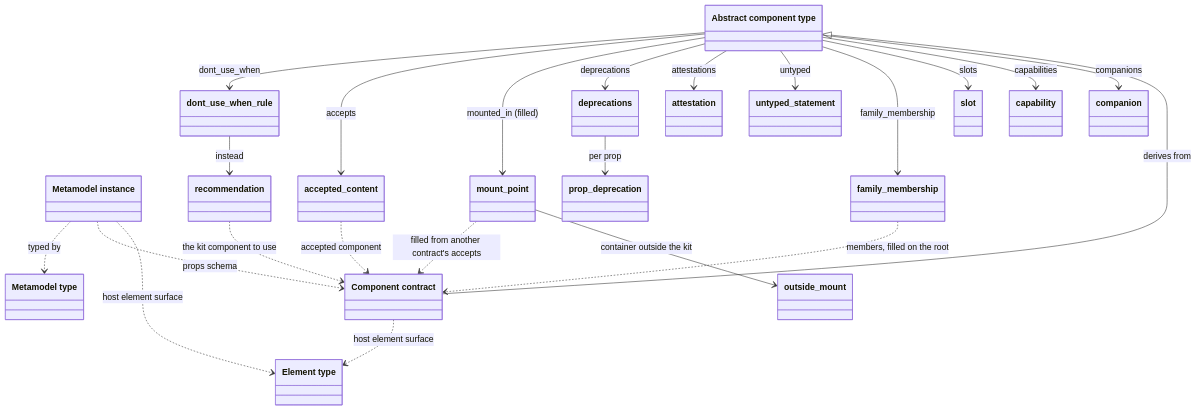
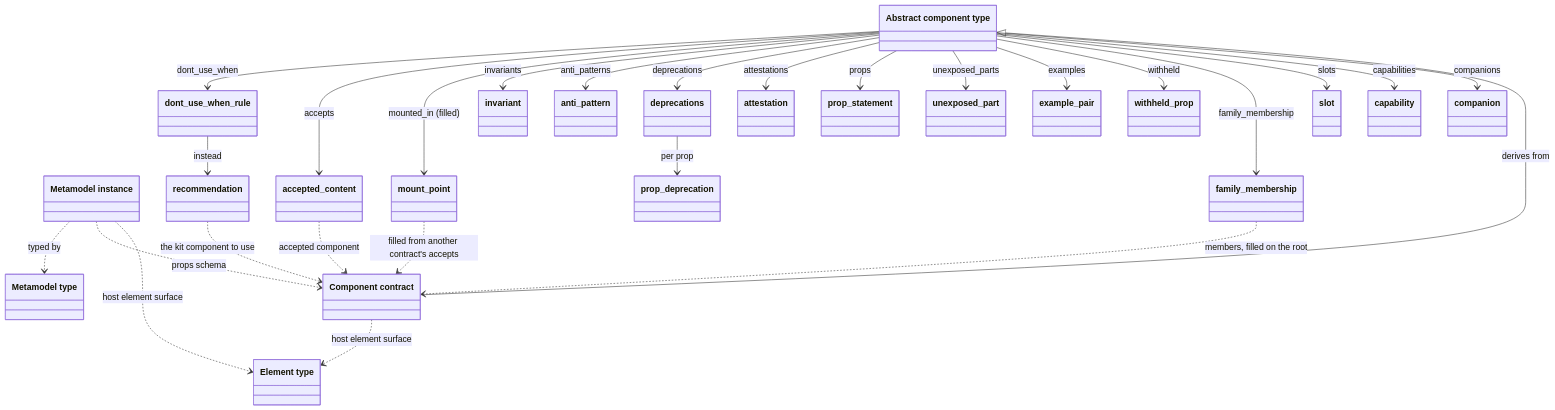
Before and after one commit to GeraBart/gears-frontx: the second of 3 diagrams in packages/ui-kit/architecture/DESIGN.md, drawn with Mermaid. The commit also changed other lines of this file and 43 other files, not shown here.

First line of the commit message:
refactor(ui-kit): put each fact where it belongs instead of in the bucket the schema left behind

````diff
--- a/packages/ui-kit/architecture/DESIGN.md
+++ b/packages/ui-kit/architecture/DESIGN.md
@@ -279,44 +289,52 @@
 ```mermaid
 classDiagram
     class AbstractType["Abstract component type"]
     class MetaType["Metamodel type"]
     class Contract["Component contract"]
     class Instance["Metamodel instance"]
     class Element["Element type"]
     class Rule["dont_use_when_rule"]
     class Recommendation["recommendation"]
     class Accepted["accepted_content"]
     class MountPoint["mount_point"]
-    class OutsideMount["outside_mount"]
+    class Invariant["invariant"]
+    class AntiPattern["anti_pattern"]
     class Deprecations["deprecations"]
     class PropDeprecation["prop_deprecation"]
     class Attestation["attestation"]
-    class Untyped["untyped_statement"]
+    class PropStatement["prop_statement"]
+    class UnexposedPart["unexposed_part"]
+    class ExamplePair["example_pair"]
+    class WithheldProp["withheld_prop"]
     class Family["family_membership"]
     class Slot["slot"]
     class Capability["capability"]
     class Companion["companion"]
 
     Contract --|> AbstractType : derives from
     Contract ..> Element : host element surface
     Instance ..> MetaType : typed by
     Instance ..> Contract : props schema
     Instance ..> Element : host element surface
     AbstractType --> Rule : dont_use_when
     AbstractType --> Accepted : accepts
     AbstractType --> MountPoint : mounted_in (filled)
+    AbstractType --> Invariant : invariants
+    AbstractType --> AntiPattern : anti_patterns
     AbstractType --> Deprecations : deprecations
     AbstractType --> Attestation : attestations
-    AbstractType --> Untyped : untyped
+    AbstractType --> PropStatement : props
+    AbstractType --> UnexposedPart : unexposed_parts
+    AbstractType --> ExamplePair : examples
+    AbstractType --> WithheldProp : withheld
     AbstractType --> Family : family_membership
     AbstractType --> Slot : slots
     AbstractType --> Capability : capabilities
     AbstractType --> Companion : companions
     Rule --> Recommendation : instead
     Recommendation ..> Contract : the kit component to use
     Accepted ..> Contract : accepted component
     MountPoint ..> Contract : filled from another contract's accepts
-    MountPoint --> OutsideMount : container outside the kit
     Deprecations --> PropDeprecation : per prop
     Family ..> Contract : members, filled on the root
 ```
````
